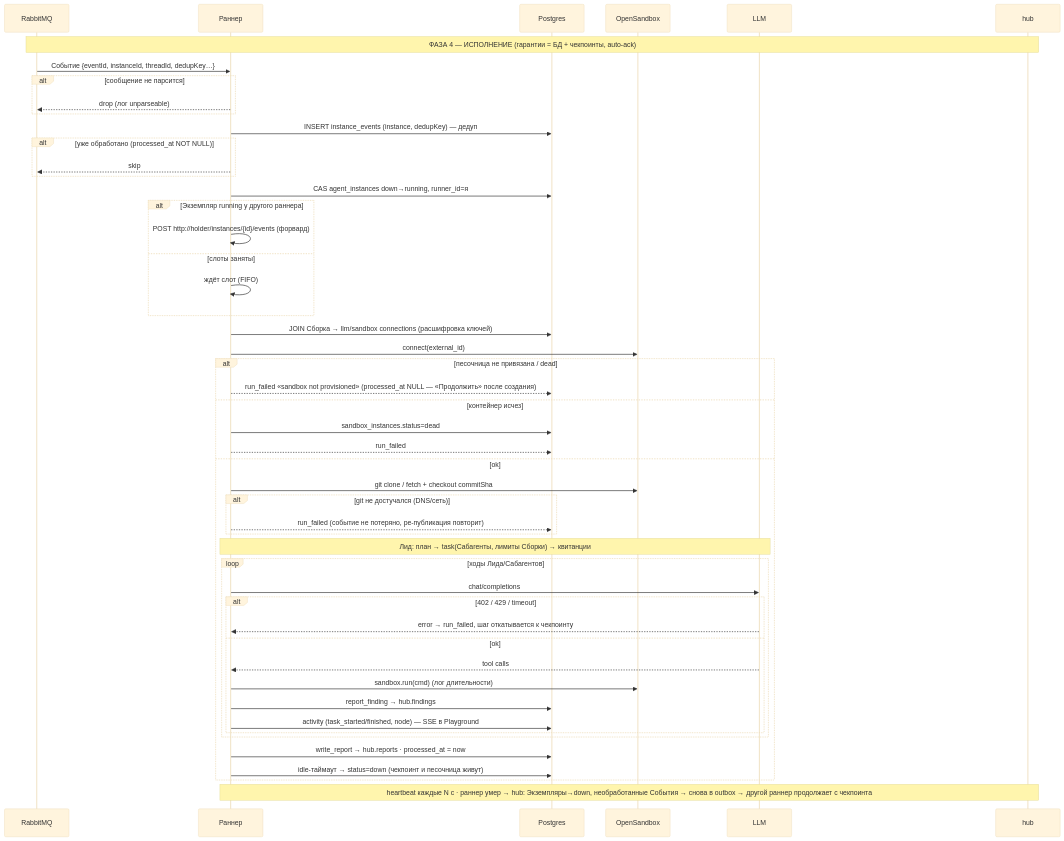
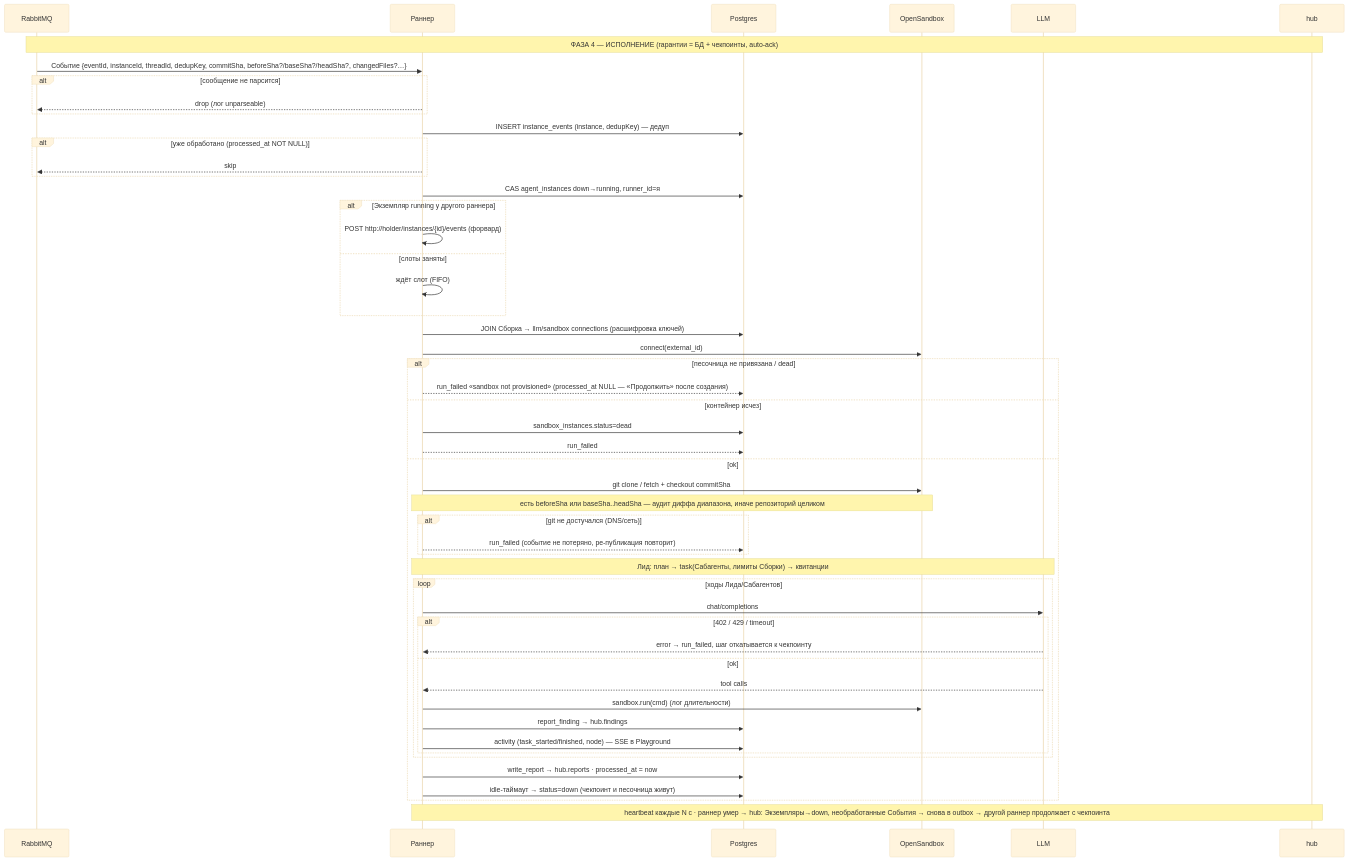
One commit to Nap20192/git-agent changed the fourth of 8 diagrams in docs/flows.md. Above: the diagram before and after it, drawn with Mermaid (base theme). The commit also changed other lines of this file and 4 other files, not shown here.

First line of the commit message:
hub /trigger: manual несёт beforeSha = коммит последнего обработанного События; docs

````diff
--- a/docs/flows.md
+++ b/docs/flows.md
@@ -153,53 +153,54 @@
 ```mermaid
 sequenceDiagram
     participant MQ as RabbitMQ
     participant RN as Раннер
     participant DB as Postgres
     participant SB as OpenSandbox
     participant LLM as LLM
     participant H as hub
 
     Note over MQ,H: ФАЗА 4 — ИСПОЛНЕНИЕ (гарантии = БД + чекпоинты, auto-ack)
-    MQ->>RN: Событие {eventId, instanceId, threadId, dedupKey…}
+    MQ->>RN: Событие {eventId, instanceId, threadId, dedupKey, commitSha, beforeSha?/baseSha?/headSha?, changedFiles?…}
     alt сообщение не парсится
         RN-->>MQ: drop (лог unparseable)
     end
     RN->>DB: INSERT instance_events (instance, dedupKey) — дедуп
     alt уже обработано (processed_at NOT NULL)
         RN-->>MQ: skip
     end
     RN->>DB: CAS agent_instances down→running, runner_id=я
     alt Экземпляр running у другого раннера
         RN->>RN: POST http://holder/instances/{id}/events (форвард)
     else слоты заняты
         RN->>RN: ждёт слот (FIFO)
     end
     RN->>DB: JOIN Сборка → llm/sandbox connections (расшифровка ключей)
     RN->>SB: connect(external_id)
     alt песочница не привязана / dead
         RN-->>DB: run_failed «sandbox not provisioned» (processed_at NULL — «Продолжить» после создания)
     else контейнер исчез
         RN->>DB: sandbox_instances.status=dead
         RN-->>DB: run_failed
     else ok
         RN->>SB: git clone / fetch + checkout commitSha
+        Note over RN,SB: есть beforeSha или baseSha..headSha — аудит диффа диапазона, иначе репозиторий целиком
         alt git не достучался (DNS/сеть)
             RN-->>DB: run_failed (событие не потеряно, ре-публикация повторит)
         end
         Note over RN,LLM: Лид: план → task(Сабагенты, лимиты Сборки) → квитанции
         loop ходы Лида/Сабагентов
             RN->>LLM: chat/completions
             alt 402 / 429 / timeout
                 LLM-->>RN: error → run_failed, шаг откатывается к чекпоинту
             else ok
                 LLM-->>RN: tool calls
                 RN->>SB: sandbox.run(cmd) (лог длительности)
                 RN->>DB: report_finding → hub.findings
                 RN->>DB: activity (task_started/finished, node) — SSE в Playground
             end
         end
         RN->>DB: write_report → hub.reports · processed_at = now
         RN->>DB: idle-таймаут → status=down (чекпоинт и песочница живут)
     end
     Note over RN,H: heartbeat каждые N с · раннер умер → hub: Экземпляры→down, необработанные События → снова в outbox → другой раннер продолжает с чекпоинта
 ```
````
